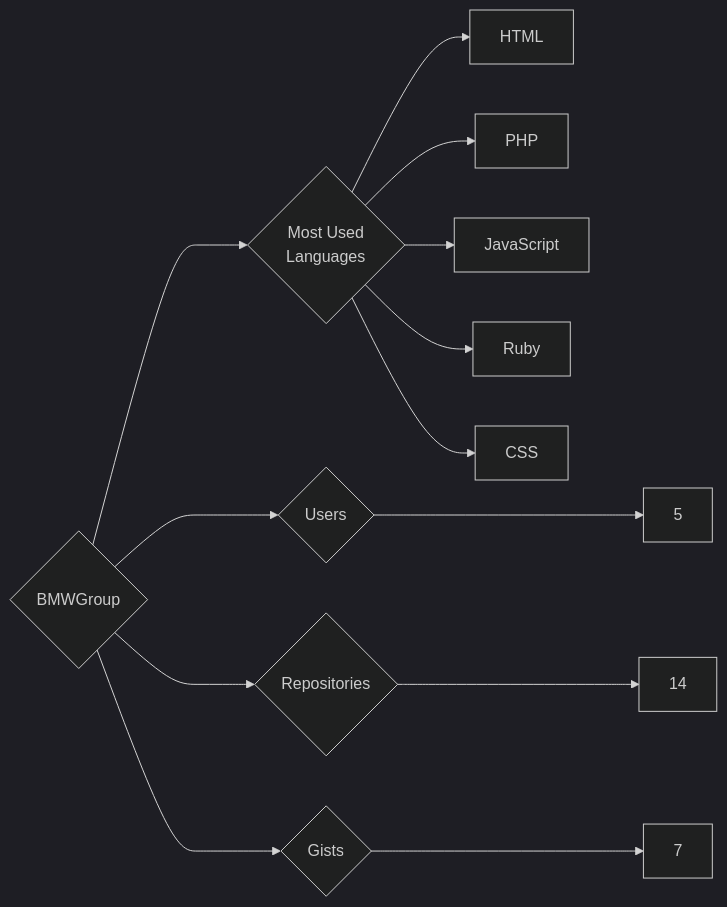
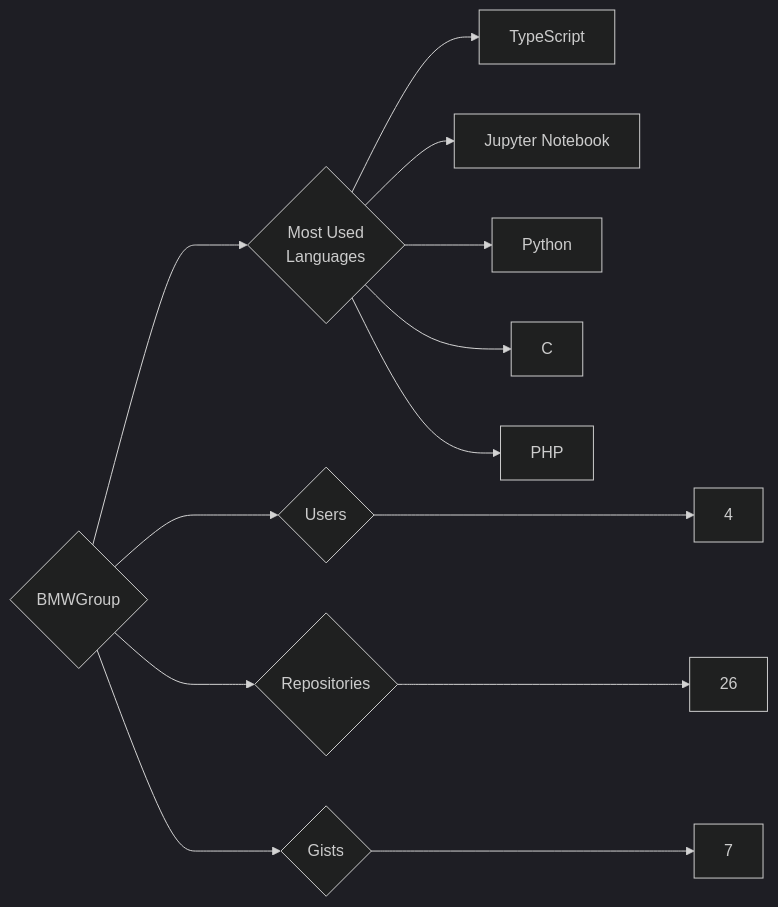
Before and after one commit to trickest/insiders: the diagram in targets/BMWGroup/README.md, drawn with Mermaid (dark theme). The commit also changed 1195 other files, not shown here.

````diff
--- a/targets/BMWGroup/README.md
+++ b/targets/BMWGroup/README.md
@@ -3,13 +3,13 @@
 ```mermaid
 graph LR
 COMPANY_NAME{BMWGroup}
-COMPANY_NAME ---> U{Users} ---> UN[5]
-COMPANY_NAME ---> R{Repositories} ---> RN[14]
+COMPANY_NAME ---> U{Users} ---> UN[4]
+COMPANY_NAME ---> R{Repositories} ---> RN[26]
 COMPANY_NAME ---> G{Gists} ---> GN[7]
 COMPANY_NAME ---> ML{Most Used<br>Languages}
-ML --> HTML[HTML]
+ML --> TypeScript[TypeScript]
+ML --> Jupyter_Notebook[Jupyter Notebook]
+ML --> Python[Python]
+ML --> C[C]
 ML --> PHP[PHP]
-ML --> JavaScript[JavaScript]
-ML --> Ruby[Ruby]
-ML --> CSS[CSS]
 ```
````
